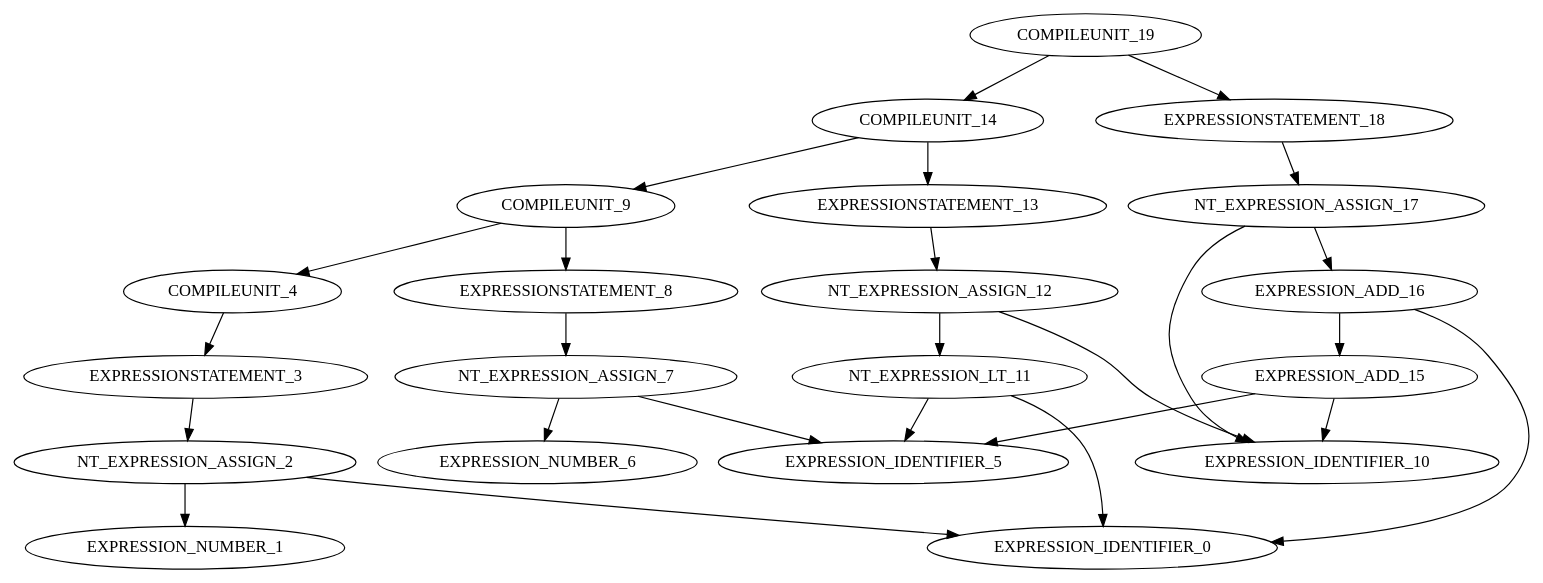
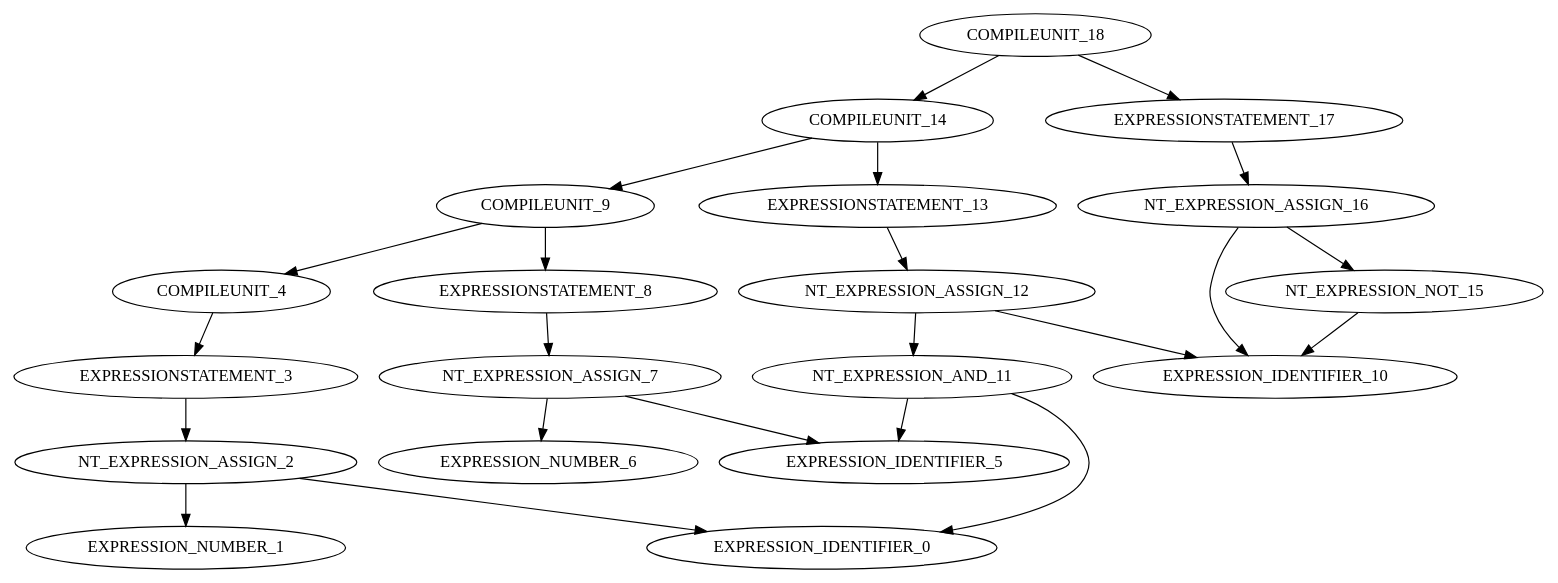
Before and after one commit to dhmhgreCompilers1/MINIC: the diagram in MINIC/ST.dot, drawn with Graphviz. The commit also changed 4 other files, not shown here.

```diff
--- a/MINIC/ST.dot
+++ b/MINIC/ST.dot
@@ -1,27 +1,24 @@
 digraph G{
-"COMPILEUNIT_19"->"COMPILEUNIT_14";
+"COMPILEUNIT_18"->"COMPILEUNIT_14";
 "COMPILEUNIT_14"->"COMPILEUNIT_9";
 "COMPILEUNIT_9"->"COMPILEUNIT_4";
 "COMPILEUNIT_4"->"EXPRESSIONSTATEMENT_3";
 "EXPRESSIONSTATEMENT_3"->"NT_EXPRESSION_ASSIGN_2";
 "NT_EXPRESSION_ASSIGN_2"->"EXPRESSION_IDENTIFIER_0";
 "NT_EXPRESSION_ASSIGN_2"->"EXPRESSION_NUMBER_1";
 "COMPILEUNIT_9"->"EXPRESSIONSTATEMENT_8";
 "EXPRESSIONSTATEMENT_8"->"NT_EXPRESSION_ASSIGN_7";
 "NT_EXPRESSION_ASSIGN_7"->"EXPRESSION_IDENTIFIER_5";
 "NT_EXPRESSION_ASSIGN_7"->"EXPRESSION_NUMBER_6";
 "COMPILEUNIT_14"->"EXPRESSIONSTATEMENT_13";
 "EXPRESSIONSTATEMENT_13"->"NT_EXPRESSION_ASSIGN_12";
 "NT_EXPRESSION_ASSIGN_12"->"EXPRESSION_IDENTIFIER_10";
-"NT_EXPRESSION_ASSIGN_12"->"NT_EXPRESSION_LT_11";
-"NT_EXPRESSION_LT_11"->"EXPRESSION_IDENTIFIER_0";
-"NT_EXPRESSION_LT_11"->"EXPRESSION_IDENTIFIER_5";
-"COMPILEUNIT_19"->"EXPRESSIONSTATEMENT_18";
-"EXPRESSIONSTATEMENT_18"->"NT_EXPRESSION_ASSIGN_17";
-"NT_EXPRESSION_ASSIGN_17"->"EXPRESSION_IDENTIFIER_10";
-"NT_EXPRESSION_ASSIGN_17"->"EXPRESSION_ADD_16";
-"EXPRESSION_ADD_16"->"EXPRESSION_ADD_15";
-"EXPRESSION_ADD_15"->"EXPRESSION_IDENTIFIER_5";
-"EXPRESSION_ADD_15"->"EXPRESSION_IDENTIFIER_10";
-"EXPRESSION_ADD_16"->"EXPRESSION_IDENTIFIER_0";
+"NT_EXPRESSION_ASSIGN_12"->"NT_EXPRESSION_AND_11";
+"NT_EXPRESSION_AND_11"->"EXPRESSION_IDENTIFIER_0";
+"NT_EXPRESSION_AND_11"->"EXPRESSION_IDENTIFIER_5";
+"COMPILEUNIT_18"->"EXPRESSIONSTATEMENT_17";
+"EXPRESSIONSTATEMENT_17"->"NT_EXPRESSION_ASSIGN_16";
+"NT_EXPRESSION_ASSIGN_16"->"EXPRESSION_IDENTIFIER_10";
+"NT_EXPRESSION_ASSIGN_16"->"NT_EXPRESSION_NOT_15";
+"NT_EXPRESSION_NOT_15"->"EXPRESSION_IDENTIFIER_10";
 }
```
